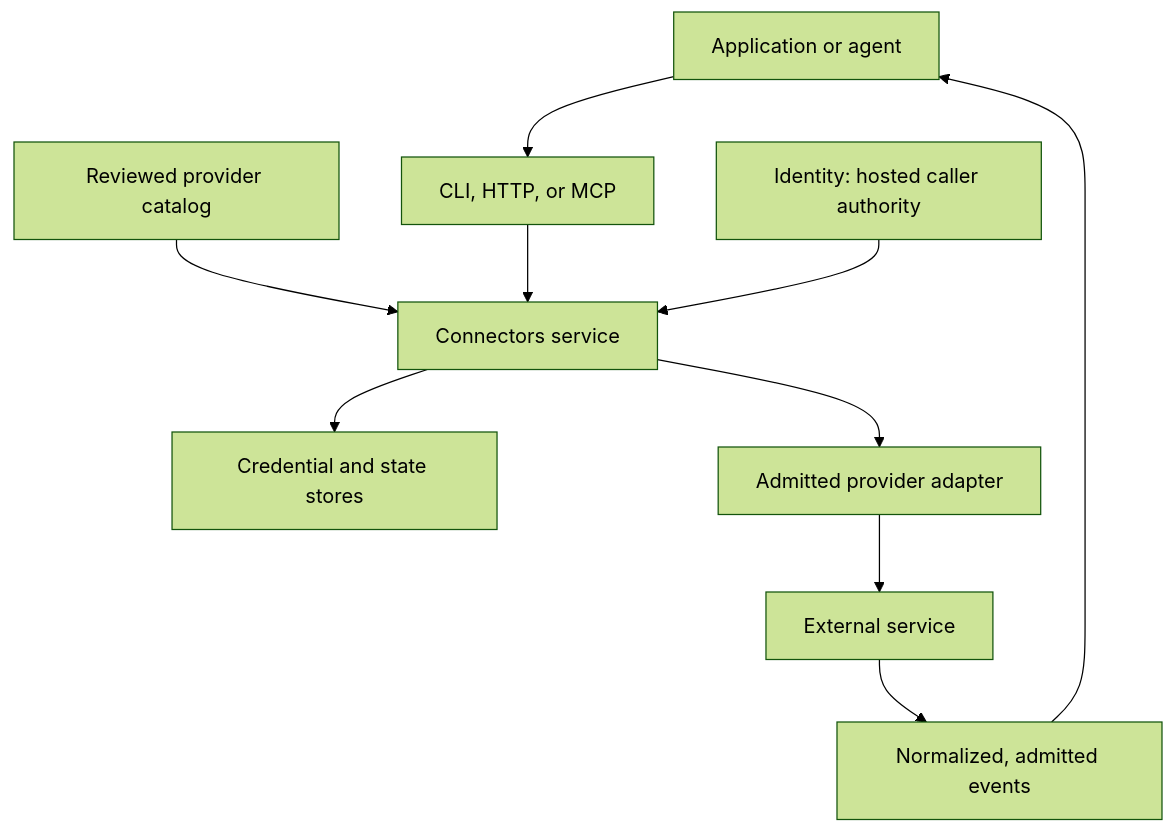
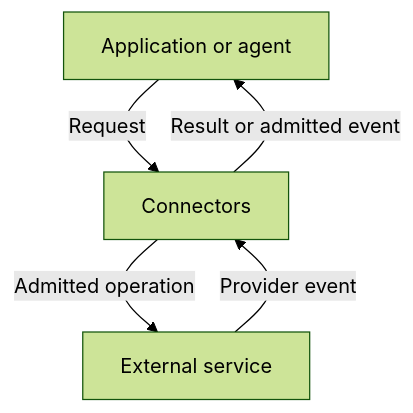
The diagram in inputs/sources/connectors/tree/README.md (beyond10x/beyond10x.github.io), drawn with Mermaid (forest theme) before and after one commit. The commit also changed other lines of this file and 1352 other files, not shown here.

````diff
--- a/inputs/sources/connectors/tree/README.md
+++ b/inputs/sources/connectors/tree/README.md
@@ -23,12 +23,9 @@
 ```mermaid
 flowchart TB
-    caller[Application or agent] --> entry[CLI, HTTP, or MCP]
-    catalog[Reviewed provider catalog] --> service[Connectors service]
-    entry --> service
-    identity[Identity: hosted caller authority] --> service
-    service --> custody[Credential and state stores]
-    service --> adapter[Admitted provider adapter]
-    adapter --> provider[External service]
-    provider --> events[Normalized, admitted events]
-    events --> caller
+    accTitle: Connectors in context
+    accDescr: Callers send governed requests through Connectors to external services. Connectors admits provider events for authorized consumers.
+    caller[Application or agent] -->|Request| service[Connectors]
+    service -->|Admitted operation| provider[External service]
+    provider -->|Provider event| service
+    service -->|Result or admitted event| caller
 ```
````
